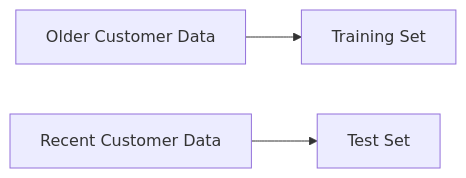
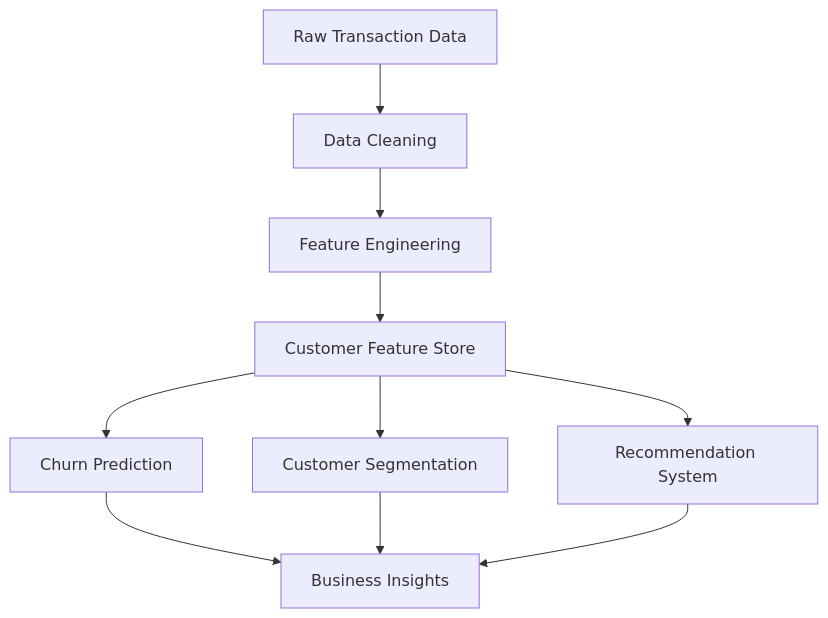
One commit to Rachit931/Cart-IQ changed the first of 3 diagrams in README.md. Above: the diagram before and after it, drawn with Mermaid. The commit also changed other lines of this file, not shown here.

````diff
--- a/README.md
+++ b/README.md
@@ -122,7 +33,23 @@
 ```mermaid
-flowchart LR
+flowchart TD
 
-A[Older Customer Data] --> B[Training Set]
+A[Raw Transaction Data]
 
-C[Recent Customer Data] --> D[Test Set]
+--> B[Data Cleaning]
+
+B --> C[Feature Engineering]
+
+C --> D[Customer Feature Store]
+
+D --> E[Churn Prediction]
+
+D --> F[Customer Segmentation]
+
+D --> G[Recommendation System]
+
+E --> H[Business Insights]
+
+F --> H
+
+G --> H
 ```
````
